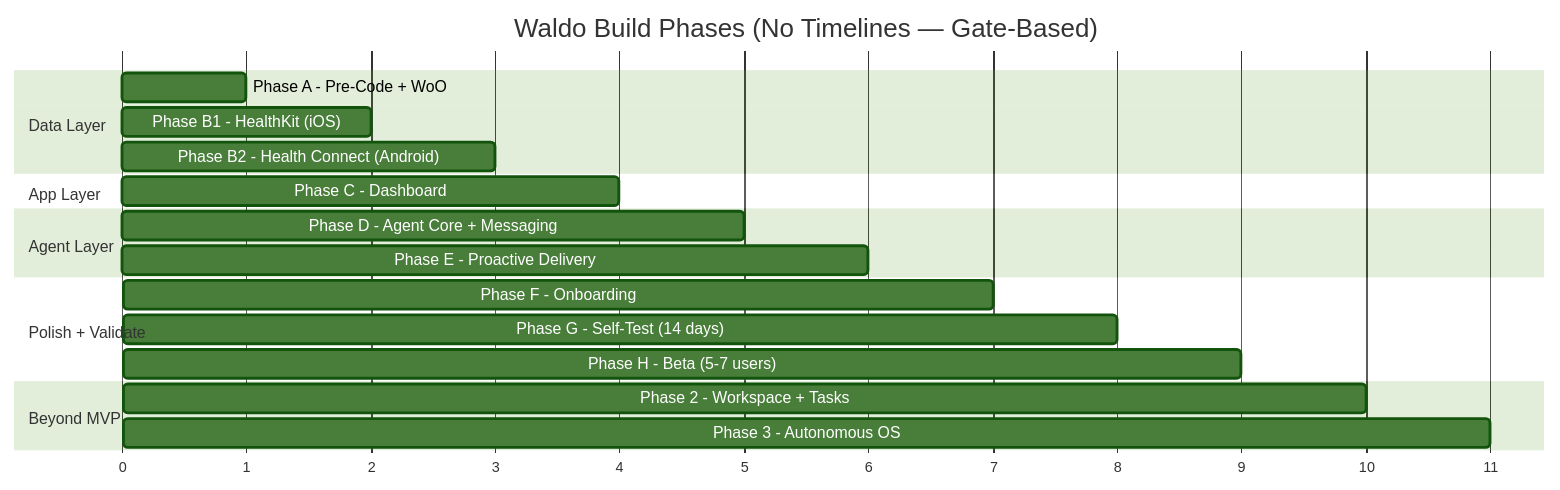
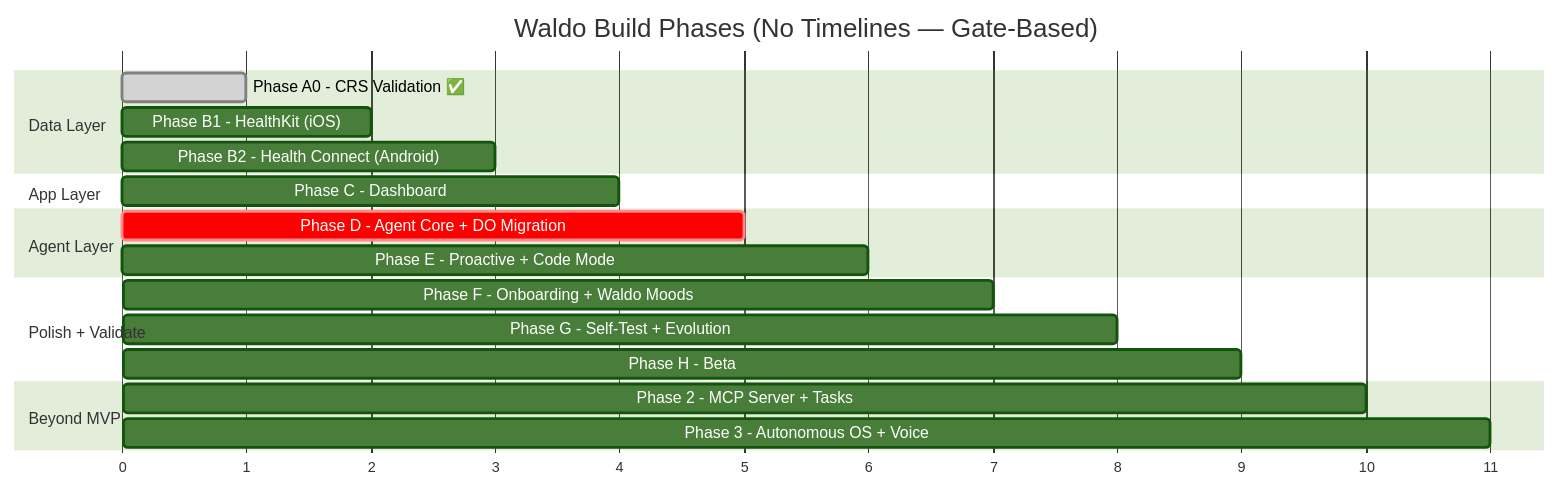
One commit to Pin4sf/Waldo changed the fourth of 6 diagrams in docs-site/README.md. Above: the diagram before and after it, drawn with Mermaid (forest theme). The commit also changed other lines of this file and 1924 other files, not shown here.

First line of the commit message:
docs: Session 4 — Claude Code reverse engineering + 2026 agent landscape + architecture upgrades

````diff
--- a/docs-site/README.md
+++ b/docs-site/README.md
@@ -94,27 +98,27 @@
 ```mermaid
 gantt
     title Waldo Build Phases (No Timelines — Gate-Based)
     dateFormat X
     axisFormat %s
 
     section Data Layer
-    Phase A - Pre-Code + WoO          :a, 0, 1
+    Phase A0 - CRS Validation ✅       :done, a0, 0, 1
     Phase B1 - HealthKit (iOS)         :b1, 1, 2
     Phase B2 - Health Connect (Android) :b2, 2, 3
 
     section App Layer
     Phase C - Dashboard                :c, 3, 4
 
     section Agent Layer
-    Phase D - Agent Core + Messaging    :d, 4, 5
-    Phase E - Proactive Delivery       :e, 5, 6
+    Phase D - Agent Core + DO Migration :crit, d, 4, 5
+    Phase E - Proactive + Code Mode    :e, 5, 6
 
     section Polish + Validate
-    Phase F - Onboarding               :f, 6, 7
-    Phase G - Self-Test (14 days)      :g, 7, 8
-    Phase H - Beta (5-7 users)         :h, 8, 9
+    Phase F - Onboarding + Waldo Moods :f, 6, 7
+    Phase G - Self-Test + Evolution    :g, 7, 8
+    Phase H - Beta                     :h, 8, 9
 
     section Beyond MVP
-    Phase 2 - Workspace + Tasks        :p2, 9, 10
-    Phase 3 - Autonomous OS            :p3, 10, 11
+    Phase 2 - MCP Server + Tasks       :p2, 9, 10
+    Phase 3 - Autonomous OS + Voice    :p3, 10, 11
 ```
````
